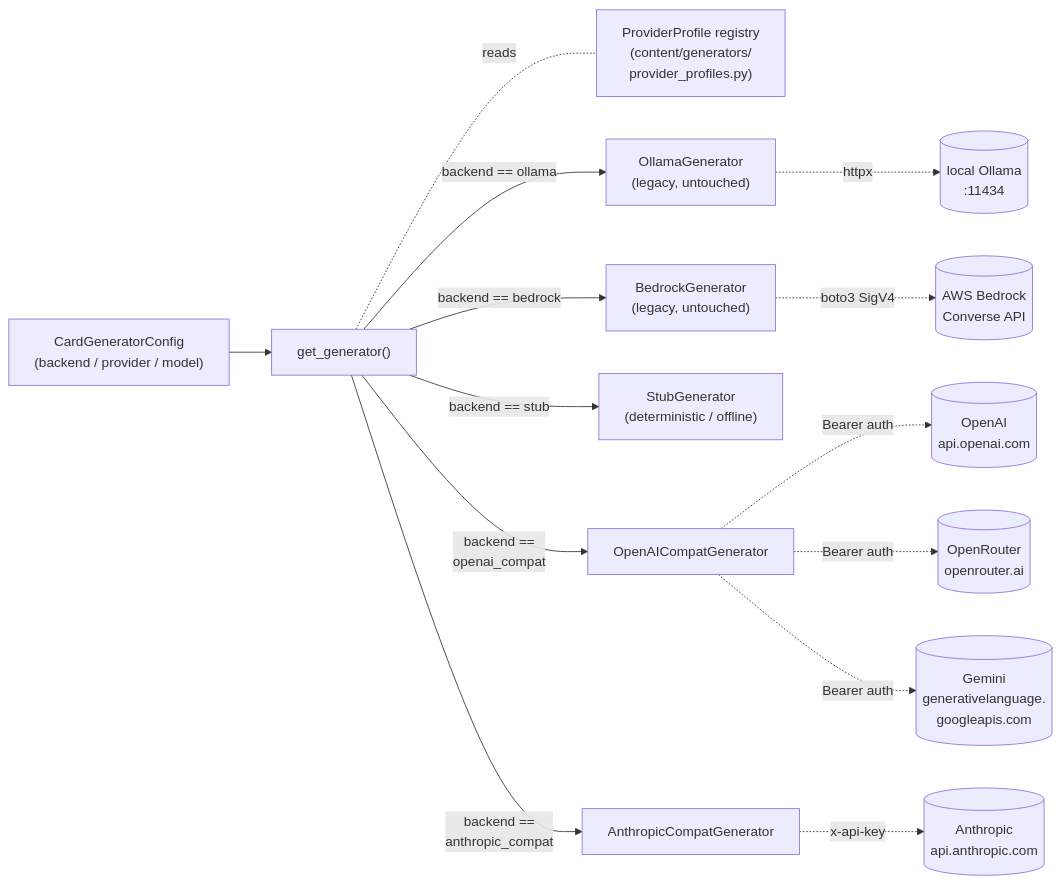
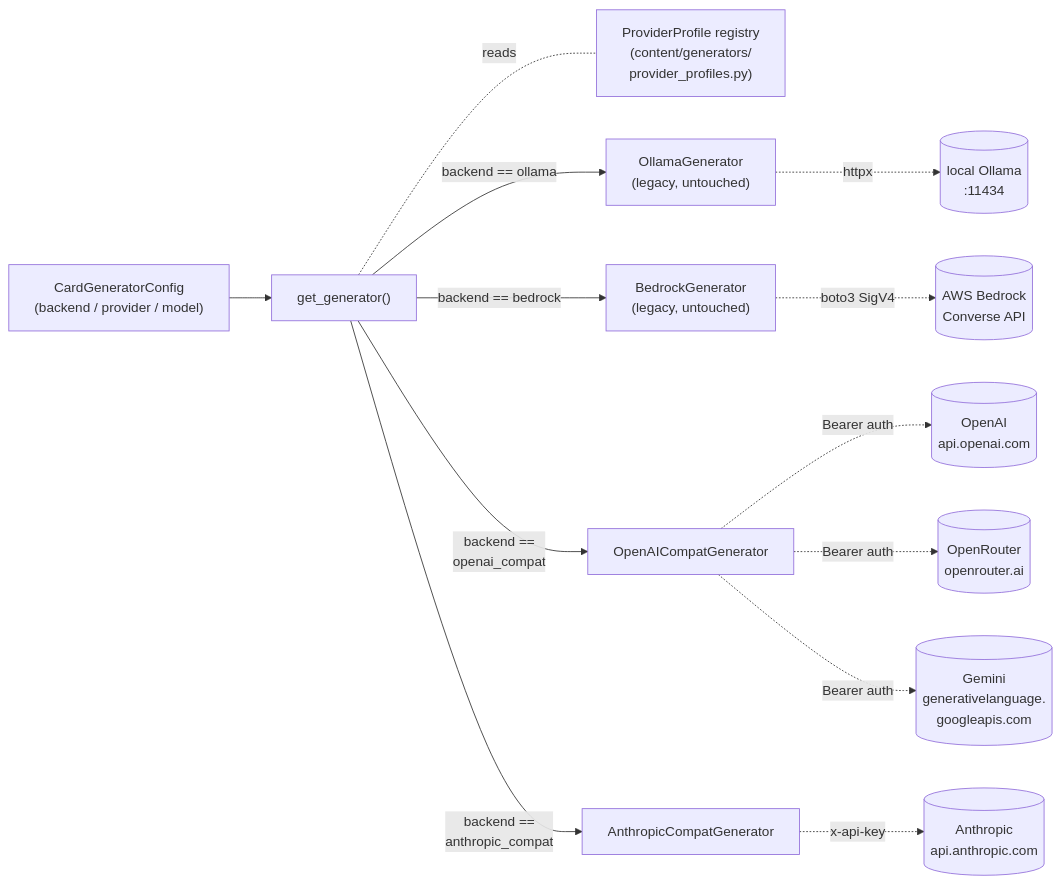
Before and after one commit to NetDevAutomate/StudyLoop: the second of 3 diagrams in docs/content-pipeline.md, drawn with Mermaid. The commit also changed other lines of this file and 26 other files, not shown here.

````diff
--- a/docs/content-pipeline.md
+++ b/docs/content-pipeline.md
@@ -68,23 +74,22 @@
 ```mermaid
 flowchart LR
     Cfg["CardGeneratorConfig<br/>(backend / provider / model)"]
     Factory["get_generator()"]
     Reg["ProviderProfile registry<br/>(content/generators/<br/>provider_profiles.py)"]
 
     Cfg --> Factory
     Factory -->|"backend == ollama"| Ollama["OllamaGenerator<br/>(legacy, untouched)"]
     Factory -->|"backend == bedrock"| Bedrock["BedrockGenerator<br/>(legacy, untouched)"]
-    Factory -->|"backend == stub"| Stub["StubGenerator<br/>(deterministic / offline)"]
     Factory -->|"backend ==<br/>openai_compat"| OAA["OpenAICompatGenerator"]
     Factory -->|"backend ==<br/>anthropic_compat"| AAA["AnthropicCompatGenerator"]
 
     Factory -.reads.- Reg
 
     OAA -.->|"Bearer auth"| OAI[("OpenAI<br/>api.openai.com")]
     OAA -.->|"Bearer auth"| OR[("OpenRouter<br/>openrouter.ai")]
     OAA -.->|"Bearer auth"| GEM[("Gemini<br/>generativelanguage.<br/>googleapis.com")]
     AAA -.->|"x-api-key"| ANT[("Anthropic<br/>api.anthropic.com")]
 
     Ollama -.->|httpx| OllamaHost[("local Ollama<br/>:11434")]
     Bedrock -.->|boto3 SigV4| BedrockHost[("AWS Bedrock<br/>Converse API")]
 ```
````
